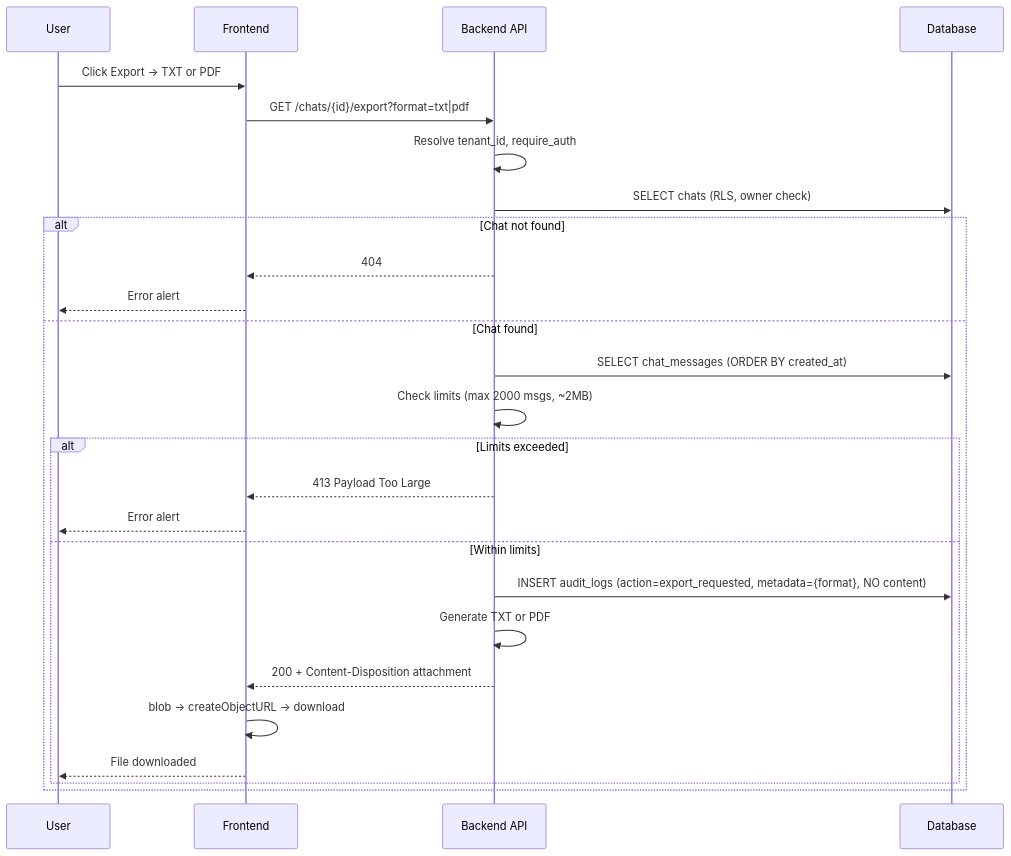
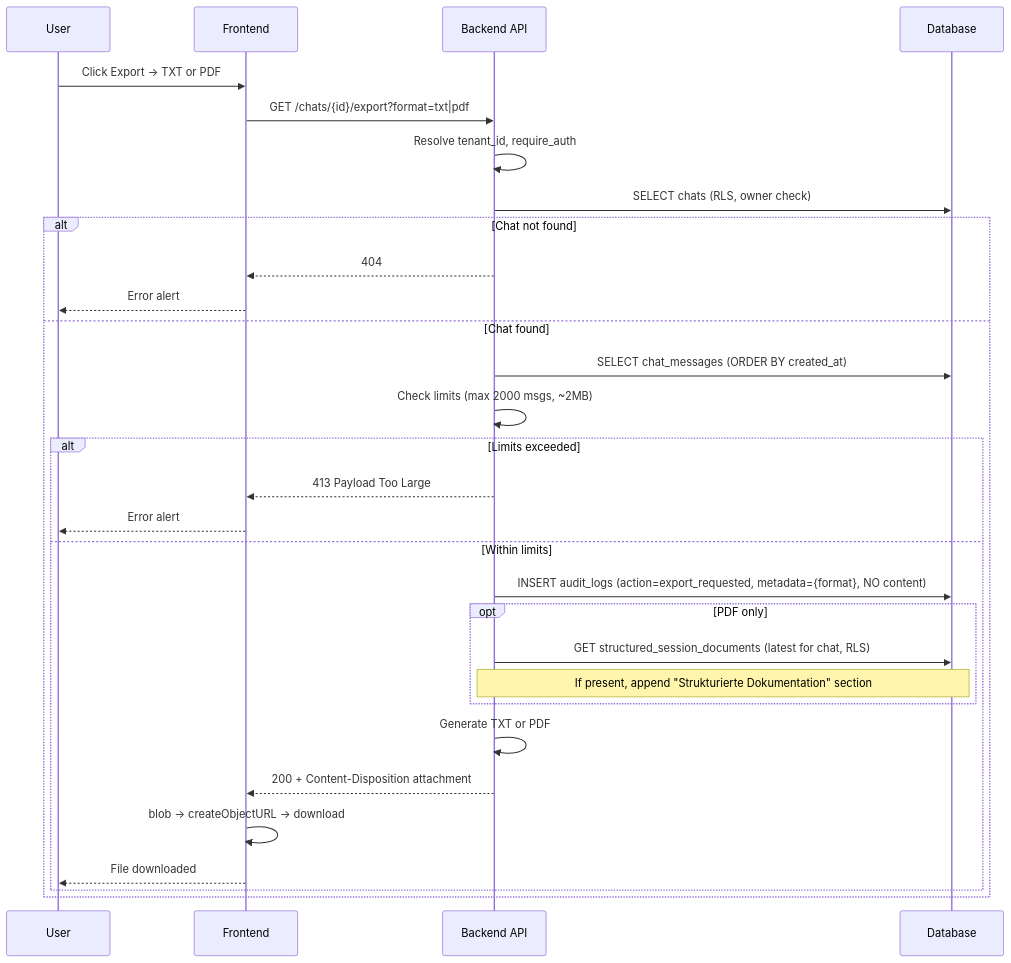
The diagram in docs/diagrams/export-chat-flow.md (DanielDeckertConsulting/MediCertAI), drawn with Mermaid before and after one commit. The commit also changed other lines of this file and 16 other files, not shown here.

First line of the commit message:
Fix ChatPage duplicate import; add structured docs & interventions

````diff
--- a/docs/diagrams/export-chat-flow.md
+++ b/docs/diagrams/export-chat-flow.md
@@ -7,29 +7,33 @@
 ```mermaid
 sequenceDiagram
     participant U as User
     participant FE as Frontend
     participant API as Backend API
     participant DB as Database
 
     U->>FE: Click Export → TXT or PDF
     FE->>API: GET /chats/{id}/export?format=txt|pdf
     API->>API: Resolve tenant_id, require_auth
     API->>DB: SELECT chats (RLS, owner check)
     alt Chat not found
         API-->>FE: 404
         FE-->>U: Error alert
     else Chat found
         API->>DB: SELECT chat_messages (ORDER BY created_at)
         API->>API: Check limits (max 2000 msgs, ~2MB)
         alt Limits exceeded
             API-->>FE: 413 Payload Too Large
             FE-->>U: Error alert
         else Within limits
             API->>DB: INSERT audit_logs (action=export_requested, metadata={format}, NO content)
+            opt PDF only
+                API->>DB: GET structured_session_documents (latest for chat, RLS)
+                Note over API,DB: If present, append "Strukturierte Dokumentation" section
+            end
             API->>API: Generate TXT or PDF
             API-->>FE: 200 + Content-Disposition attachment
             FE->>FE: blob → createObjectURL → download
             FE-->>U: File downloaded
         end
     end
 ```
````
